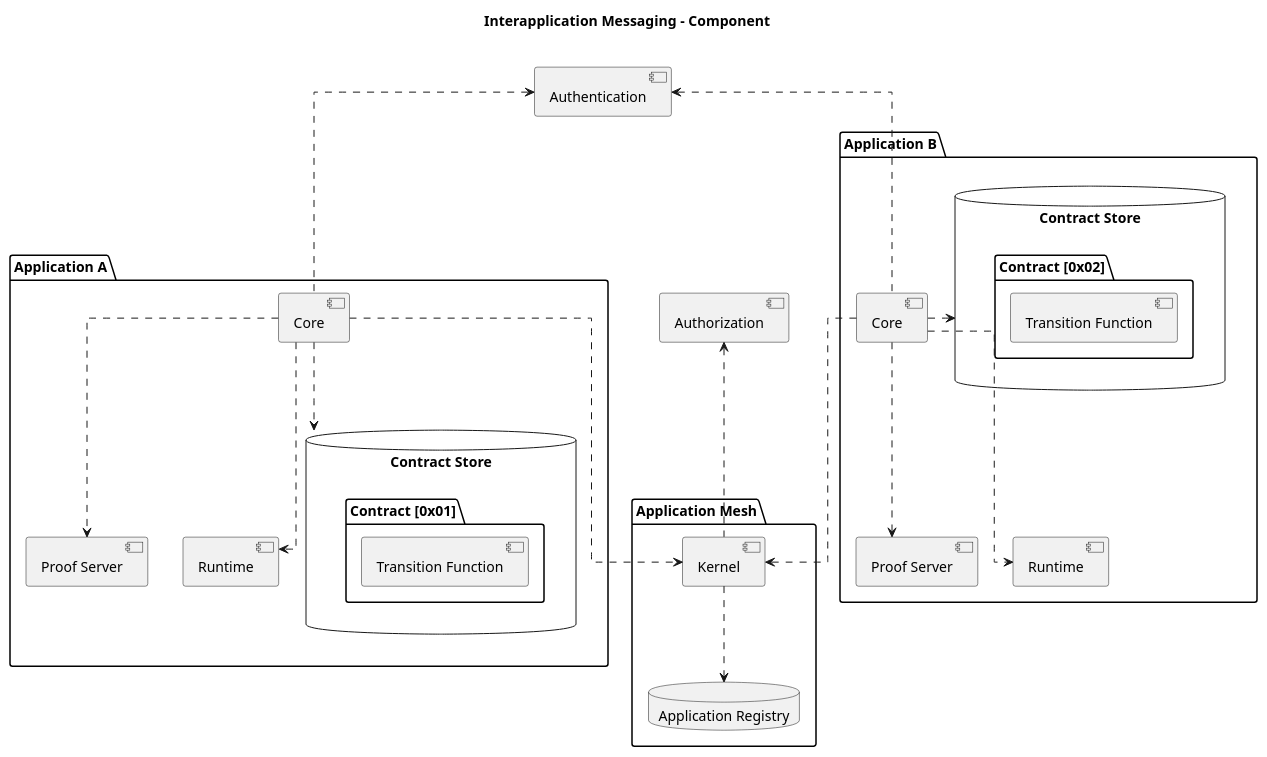
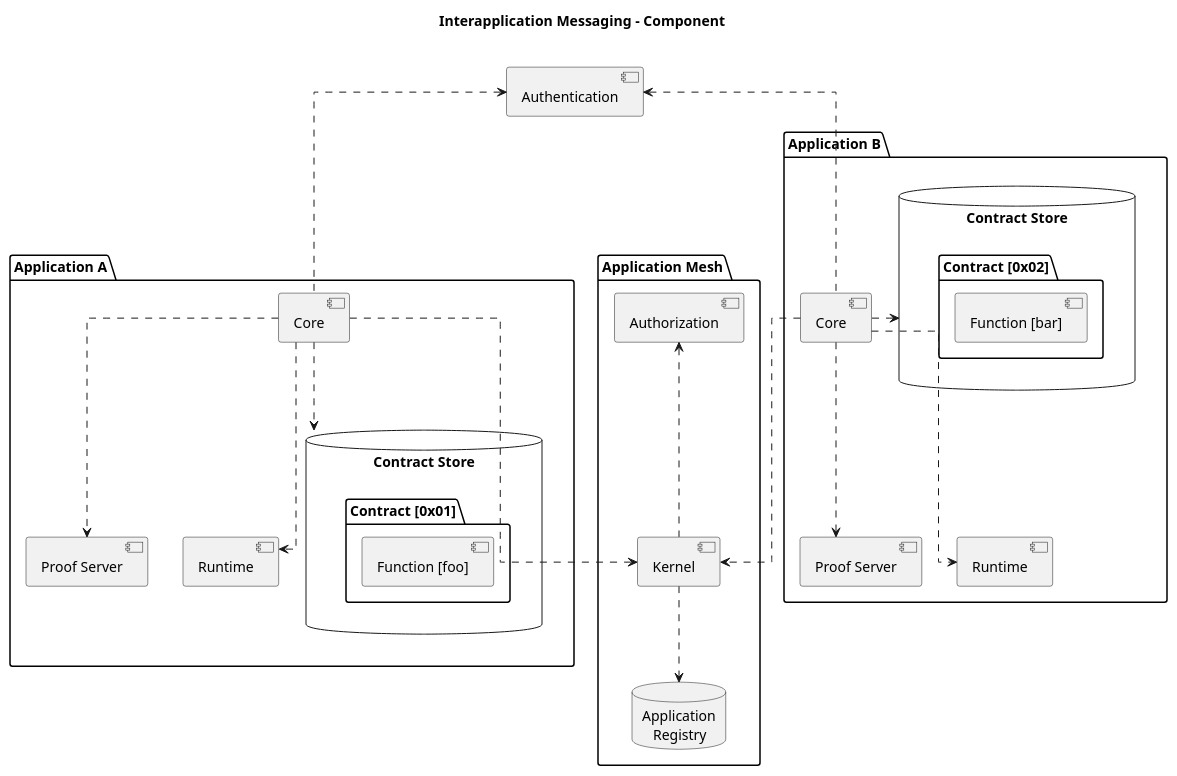
One commit to midnightntwrk/midnight-architecture changed the diagram in user-flows/contract-interaction/inter-application-messaging/component-diagram/two-contracts-two-apps.puml. Above: the diagram before and after it, drawn with PlantUML. The commit also changed 11 other files, not shown here.

Commit message:
Update diagrams

```diff
--- a/user-flows/contract-interaction/inter-application-messaging/component-diagram/two-contracts-two-apps.puml
+++ b/user-flows/contract-interaction/inter-application-messaging/component-diagram/two-contracts-two-apps.puml
@@ -1,51 +1,50 @@
 @startuml
 skinparam componentStyle uml2
 skinparam linetype ortho
 
 title Interapplication Messaging - Component\n
 [Authentication] as authentication
 
 package "Application A" as appA {
   [Proof Server] as proofServerA
   [Core] as coreA
   [Runtime] as runtimeA
   database "Contract Store" as contractStoreA {
     package "Contract [0x01]" as contractA {
-      [Transition Function] as transFunc1
+      component "Function [foo]" as transFunc1
     }
   }
   coreA ..> proofServerA
   coreA ..> contractStoreA
   coreA ..> runtimeA
 }
 
 package "Application B" as appB {
   [Proof Server] as proofServerB
   [Core] as coreB
   [Runtime] as runtimeB
   database "Contract Store" as contractStoreB {
     package "Contract [0x02]" as contractB {
-      [Transition Function] as transFunc2
+      component "Function [bar]" as transFunc2
     }
   }
   coreB ..> proofServerB
   coreB .right.> contractStoreB
   coreB ..> runtimeB
 }
 
 coreA .up.> authentication
 coreB .up.> authentication
 
 package "Application Mesh" as appMesh {
+  [Authorization] as authorization
   [Kernel] as kernel
-  database "Application Registry" as appReg
+  database "Application\n   Registry" as appReg
   kernel ..> appReg
+  kernel .up.> authorization
 }
-
-[Authorization] as authorization
 
 coreA ..> kernel
 coreB ..> kernel
-kernel .up.> authorization
 
 @enduml
```
